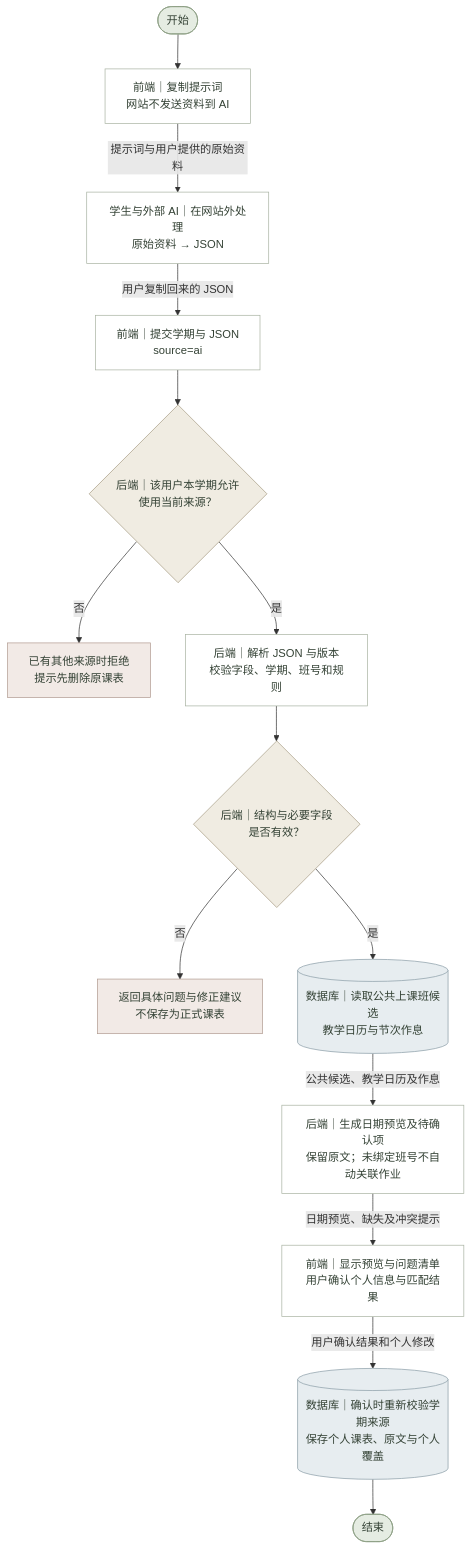
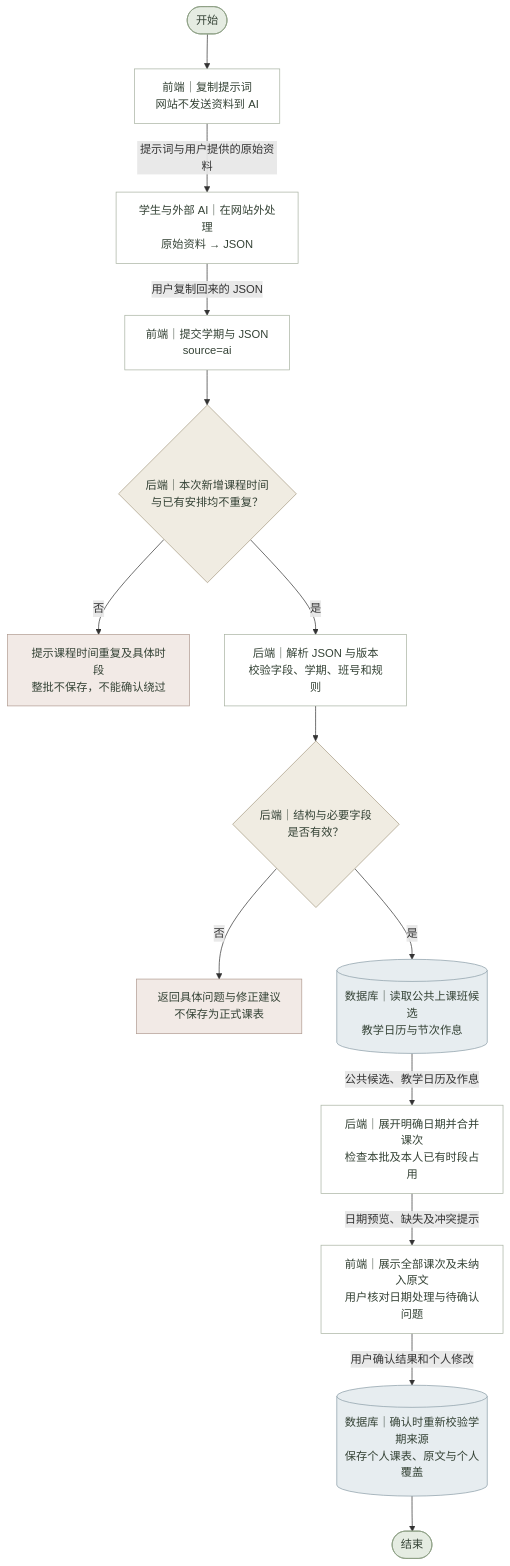
The diagram in 需求文档/课表功能/流程图源文件/系统流程图/外部AI内容导入.mmd (lichen-lc123/class-assistant), drawn with Mermaid before and after one commit. The commit also changed 101 other files, not shown here.

```diff
--- a/需求文档/课表功能/流程图源文件/系统流程图/外部AI内容导入.mmd
+++ b/需求文档/课表功能/流程图源文件/系统流程图/外部AI内容导入.mmd
@@ -1,48 +1,48 @@
 %% 外部AI内容导入 · 系统流程图 · V1.0 · 2026-11-02
 flowchart TD
     N0(["开始"])
     N1["前端｜复制提示词<br/>网站不发送资料到 AI"]
     N2["学生与外部 AI｜在网站外处理<br/>原始资料 → JSON"]
     N3["前端｜提交学期与 JSON<br/>source=ai"]
-    N4{"后端｜该用户本学期允许<br/>使用当前来源？"}
-    B4["已有其他来源时拒绝<br/>提示先删除原课表"]
+    N4{"后端｜本次新增课程时间<br/>与已有安排均不重复？"}
+    B4["提示课程时间重复及具体时段<br/>整批不保存，不能确认绕过"]
     N5["后端｜解析 JSON 与版本<br/>校验字段、学期、班号和规则"]
     N6{"后端｜结构与必要字段<br/>是否有效？"}
     B6["返回具体问题与修正建议<br/>不保存为正式课表"]
     N7[("数据库｜读取公共上课班候选<br/>教学日历与节次作息")]
-    N8["后端｜生成日期预览及待确认项<br/>保留原文；未绑定班号不自动关联作业"]
-    N9["前端｜显示预览与问题清单<br/>用户确认个人信息与匹配结果"]
+    N8["后端｜展开明确日期并合并课次<br/>检查本批及本人已有时段占用"]
+    N9["前端｜展示全部课次及未纳入原文<br/>用户核对日期处理与待确认问题"]
     N10[("数据库｜确认时重新校验学期来源<br/>保存个人课表、原文与个人覆盖")]
     N11(["结束"])
     N0 --> N1
     N1 -->|提示词与用户提供的原始资料| N2
     N2 -->|用户复制回来的 JSON| N3
     N3 --> N4
     N4 -->|否| B4
     N4 -->|是| N5
     N5 --> N6
     N6 -->|否| B6
     N6 -->|是| N7
     N7 -->|公共候选、教学日历及作息| N8
     N8 -->|日期预览、缺失及冲突提示| N9
     N9 -->|用户确认结果和个人修改| N10
     N10 --> N11
     classDef normal fill:#FFFFFF,stroke:#A8B2A2,color:#344235;
     classDef decision fill:#F0ECE2,stroke:#A69B83,color:#344235;
     classDef terminal fill:#E5ECE2,stroke:#8A9D82,color:#344235;
     classDef exception fill:#F2EAE6,stroke:#B09B91,color:#344235;
     classDef database fill:#E7EDF0,stroke:#8A9CA6,color:#344235;
     class N0 terminal;
     class N1 normal;
     class N2 normal;
     class N3 normal;
     class N4 decision;
     class B4 exception;
     class N5 normal;
     class N6 decision;
     class B6 exception;
     class N7 database;
     class N8 normal;
     class N9 normal;
     class N10 database;
     class N11 terminal;
```
